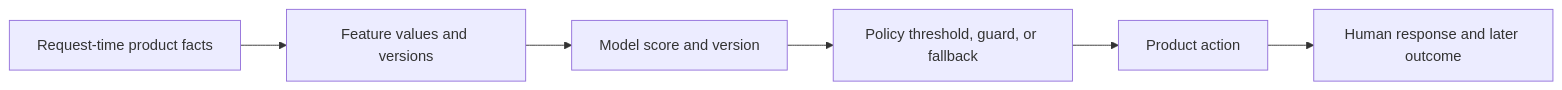
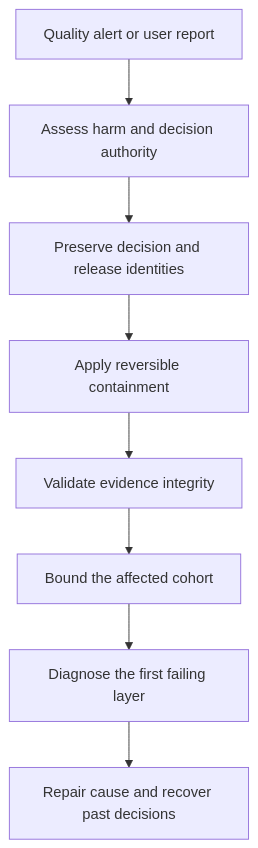
The third of 7 diagrams in roadmaps/mlops/modules/deployment-and-release-management/rollback-and-recovery/02-handling-bad-predictions.md (senlinyy/dev-roadmaps), drawn with Mermaid before and after one commit. The commit also changed other lines of this file and 198 other files, not shown here.

````diff
--- a/roadmaps/mlops/modules/deployment-and-release-management/rollback-and-recovery/02-handling-bad-predictions.md
+++ b/roadmaps/mlops/modules/deployment-and-release-management/rollback-and-recovery/02-handling-bad-predictions.md
@@ -54,8 +119,10 @@
 ```mermaid
-flowchart LR
-    X["Request-time product facts"] --> F["Feature values and versions"]
-    F --> M["Model score and version"]
-    M --> P["Policy threshold, guard, or fallback"]
-    P --> A["Product action"]
-    A --> O["Human response and later outcome"]
+flowchart TD
+    A["Quality alert or user report"] --> B["Assess harm and decision authority"]
+    B --> C["Preserve decision and release identities"]
+    C --> D["Apply reversible containment"]
+    D --> E["Validate evidence integrity"]
+    E --> F["Bound the affected cohort"]
+    F --> G["Diagnose the first failing layer"]
+    G --> H["Repair cause and recover past decisions"]
 ```
````
